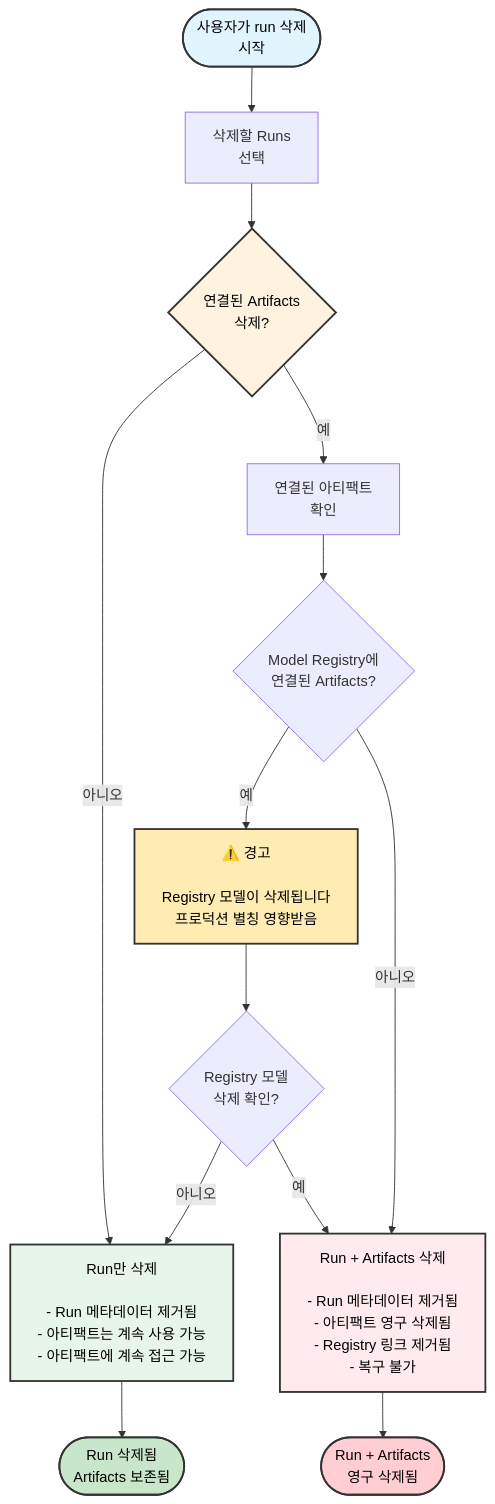
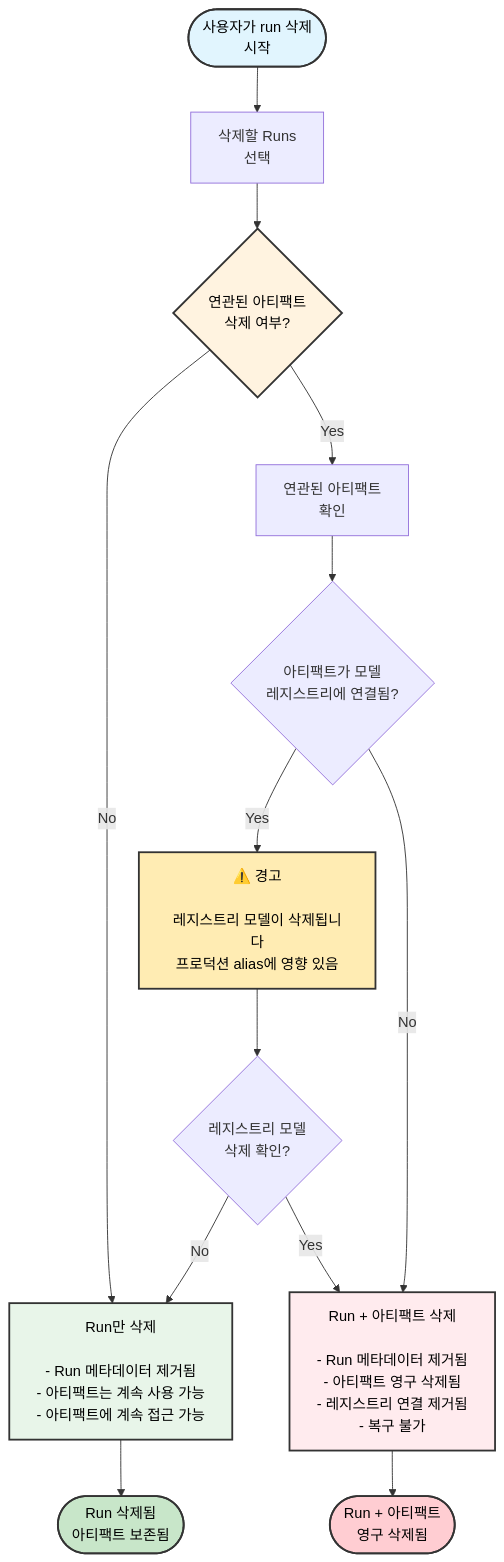
Before and after one commit to wandb/docs: the diagram in ko/models/runs/delete-runs.mdx, drawn with Mermaid. The commit also changed other lines of this file and 2852 other files, not shown here.

````diff
--- a/ko/models/runs/delete-runs.mdx
+++ b/ko/models/runs/delete-runs.mdx
@@ -28,31 +28,31 @@
 ```mermaid
 graph TB
     Start([사용자가 run 삭제<br/>시작]) --> RunSelect[삭제할 Runs<br/>선택]
     
-    RunSelect --> DeletePrompt{연결된 Artifacts<br/>삭제?}
+    RunSelect --> DeletePrompt{연관된 아티팩트<br/>삭제 여부?}
     
-    DeletePrompt -->|아니오| DeleteRunOnly[Run만 삭제<br/><br/>- Run 메타데이터 제거됨<br/>- 아티팩트는 계속 사용 가능<br/>- 아티팩트에 계속 접근 가능]
+    DeletePrompt -->|No| DeleteRunOnly[Run만 삭제<br/><br/>- Run 메타데이터 제거됨<br/>- 아티팩트는 계속 사용 가능<br/>- 아티팩트에 계속 접근 가능]
     
-    DeletePrompt -->|예| CheckArtifacts[연결된 아티팩트<br/>확인]
+    DeletePrompt -->|Yes| CheckArtifacts[연관된 아티팩트<br/>확인]
     
-    CheckArtifacts --> HasRegistry{Model Registry에<br/>연결된 Artifacts?}
+    CheckArtifacts --> HasRegistry{아티팩트가 모델<br/>레지스트리에 연결됨?}
     
-    HasRegistry -->|예| RegistryWarning[⚠️ 경고<br/><br/>Registry 모델이 삭제됩니다<br/>프로덕션 별칭 영향받음]
-    HasRegistry -->|아니오| DirectDelete
+    HasRegistry -->|Yes| RegistryWarning[⚠️ 경고<br/><br/>레지스트리 모델이 삭제됩니다<br/>프로덕션 alias에 영향 있음]
+    HasRegistry -->|No| DirectDelete
     
-    RegistryWarning --> ConfirmRegistry{Registry 모델<br/>삭제 확인?}
+    RegistryWarning --> ConfirmRegistry{레지스트리 모델<br/>삭제 확인?}
     
-    ConfirmRegistry -->|아니오| DeleteRunOnly
-    ConfirmRegistry -->|예| DirectDelete[Run + Artifacts 삭제<br/><br/>- Run 메타데이터 제거됨<br/>- 아티팩트 영구 삭제됨<br/>- Registry 링크 제거됨<br/>- 복구 불가]
+    ConfirmRegistry -->|No| DeleteRunOnly
+    ConfirmRegistry -->|Yes| DirectDelete[Run + 아티팩트 삭제<br/><br/>- Run 메타데이터 제거됨<br/>- 아티팩트 영구 삭제됨<br/>- 레지스트리 연결 제거됨<br/>- 복구 불가]
     
-    DeleteRunOnly --> PartialEnd([Run 삭제됨<br/>Artifacts 보존됨])
-    DirectDelete --> FullEnd([Run + Artifacts<br/>영구 삭제됨])
+    DeleteRunOnly --> PartialEnd([Run 삭제됨<br/>아티팩트 보존됨])
+    DirectDelete --> FullEnd([Run + 아티팩트<br/>영구 삭제됨])
     
     style Start fill:#e1f5fe,stroke:#333,stroke-width:2px,color:#000
     style DeletePrompt fill:#fff3e0,stroke:#333,stroke-width:2px,color:#000
     style RegistryWarning fill:#ffecb3,stroke:#333,stroke-width:2px,color:#000
     style DirectDelete fill:#ffebee,stroke:#333,stroke-width:2px,color:#000
     style DeleteRunOnly fill:#e8f5e9,stroke:#333,stroke-width:2px,color:#000
     style PartialEnd fill:#c8e6c9,stroke:#333,stroke-width:2px,color:#000
     style FullEnd fill:#ffcdd2,stroke:#333,stroke-width:2px,color:#000
 ```
````
